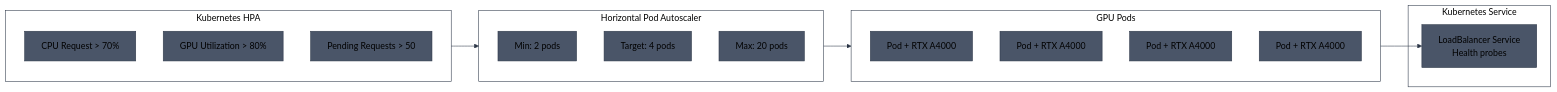
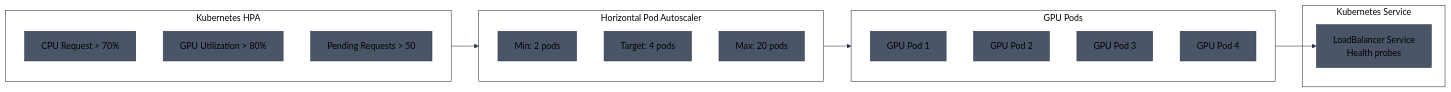
Before and after one commit to aldea-ai/infrastructure-docs: the sixth of 10 diagrams in diagrams/multi-cloud-gpu-architecture.md, drawn with Mermaid. The commit also changed other lines of this file, not shown here.

Commit message:
Remove specific GPU model names from diagrams

````diff
--- a/diagrams/multi-cloud-gpu-architecture.md
+++ b/diagrams/multi-cloud-gpu-architecture.md
@@ -284,31 +284,31 @@
 ```mermaid
 %%{init: {'theme': 'base', 'themeVariables': { 'primaryColor': '#4a5568', 'primaryTextColor': '#000', 'primaryBorderColor': '#2d3748', 'lineColor': '#2d3748', 'clusterBkg': 'transparent', 'clusterBorder': '#2d3748', 'titleColor': '#000'}}}%%
 flowchart LR
     subgraph Triggers["Kubernetes HPA"]
         PROM_CPU[CPU Request > 70%]
         PROM_GPU[GPU Utilization > 80%]
         PROM_QUEUE[Pending Requests > 50]
     end
 
     subgraph HPA["Horizontal Pod Autoscaler"]
         direction TB
         MIN[Min: 2 pods]
         TARGET[Target: 4 pods]
         MAX[Max: 20 pods]
     end
 
     subgraph Pods["GPU Pods"]
-        P1[Pod + RTX A4000]
-        P2[Pod + RTX A4000]
-        P3[Pod + RTX A4000]
-        P4[Pod + RTX A4000]
+        P1[GPU Pod 1]
+        P2[GPU Pod 2]
+        P3[GPU Pod 3]
+        P4[GPU Pod 4]
     end
 
     subgraph SVC["Kubernetes Service"]
         LB[LoadBalancer Service<br/>Health probes]
     end
 
     Triggers --> HPA
     HPA --> Pods
     Pods --> LB
 ```
````
